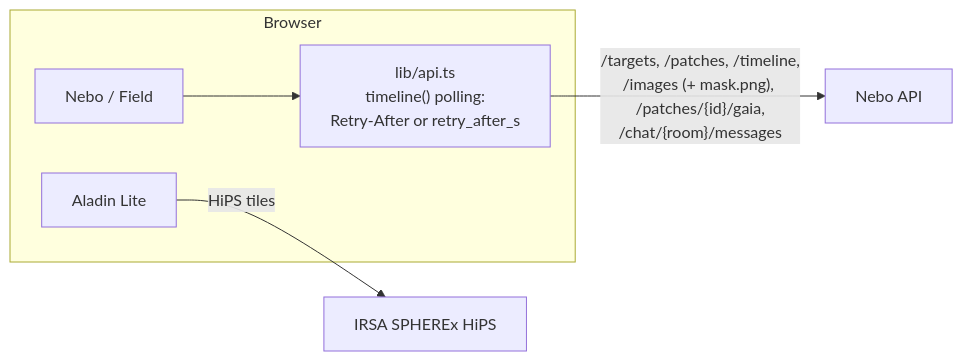
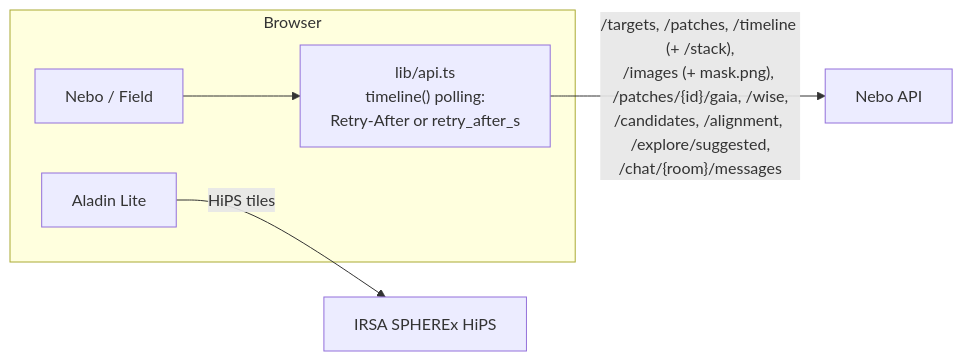
Before and after one commit to toroc07/nebo-app: the tenth of 10 diagrams in docs/architecture.md, drawn with Mermaid. The commit also changed other lines of this file and 11 other files, not shown here.

````diff
--- a/docs/architecture.md
+++ b/docs/architecture.md
@@ -494,11 +500,11 @@
 ```mermaid
 flowchart LR
   subgraph browser["Browser"]
     nebo["Nebo / Field"]
     api_ts["lib/api.ts<br/>timeline() polling:<br/>Retry-After or retry_after_s"]
     aladin["Aladin Lite"]
   end
   nebo --> api_ts
-  api_ts -- "/targets, /patches, /timeline,<br/>/images (+ mask.png), /patches/{id}/gaia,<br/>/chat/{room}/messages" --> api["Nebo API"]
+  api_ts -- "/targets, /patches, /timeline (+ /stack),<br/>/images (+ mask.png), /patches/{id}/gaia, /wise,<br/>/candidates, /alignment, /explore/suggested,<br/>/chat/{room}/messages" --> api["Nebo API"]
   aladin -- "HiPS tiles" --> hips["IRSA SPHEREx HiPS"]
 ```
````
